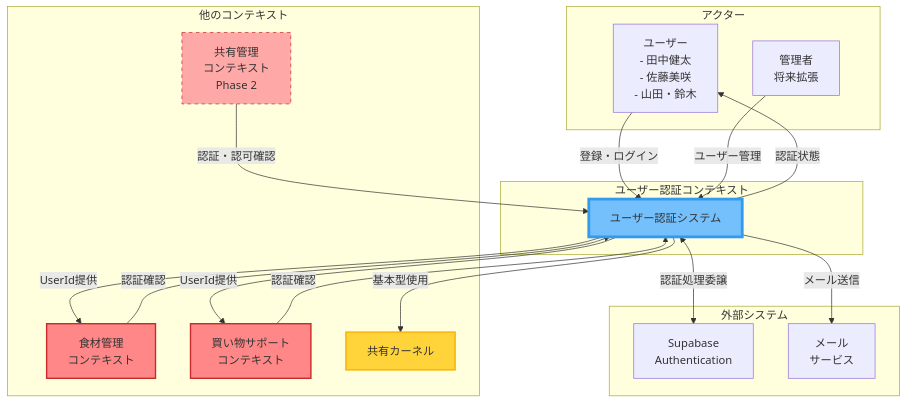
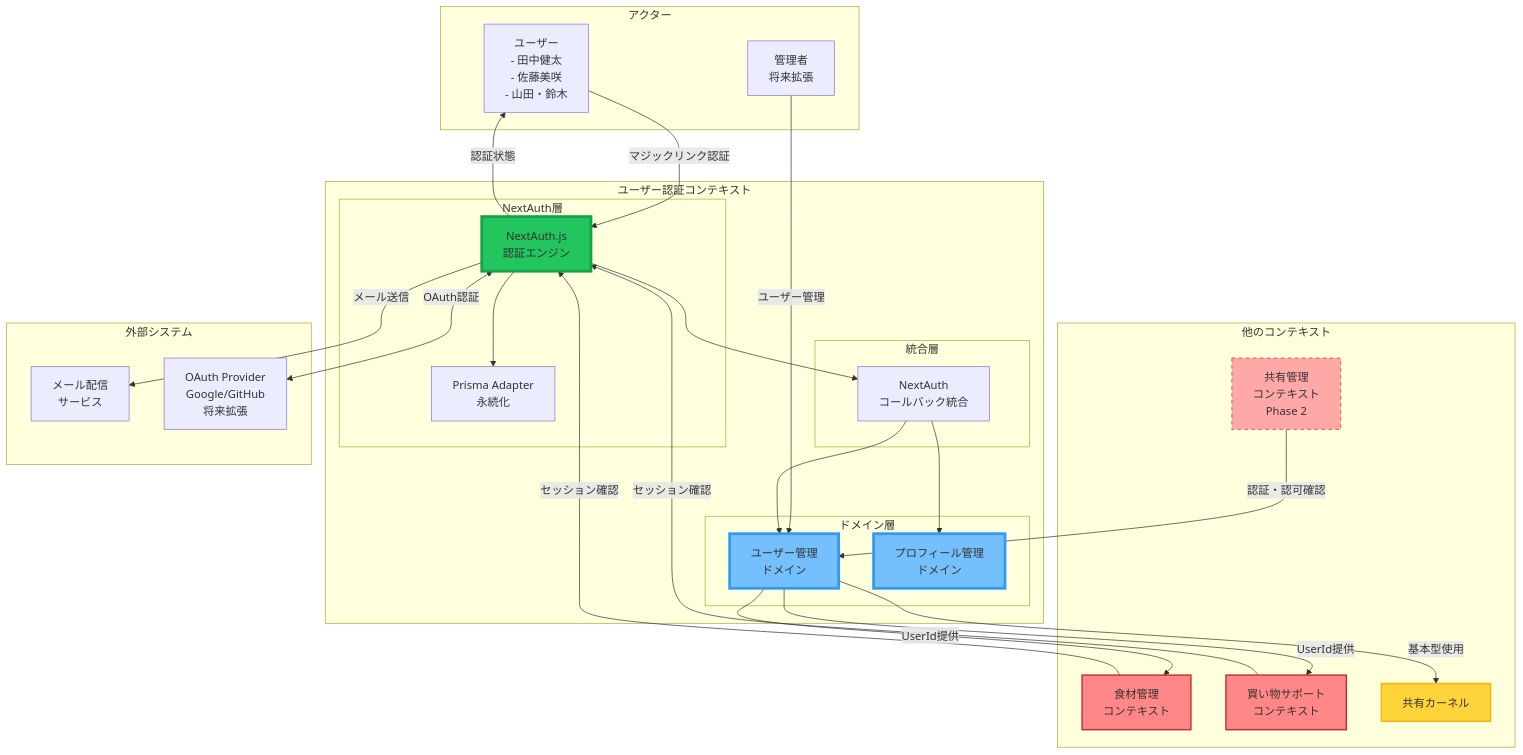
Before and after one commit to komei0727/all_in_one: the first of 7 diagrams in docs/domain/contexts/user-authentication/sudo-modeling.md, drawn with Mermaid. The commit also changed other lines of this file and 16 other files, not shown here.

````diff
--- a/docs/domain/contexts/user-authentication/sudo-modeling.md
+++ b/docs/domain/contexts/user-authentication/sudo-modeling.md
@@ -12,46 +18,66 @@
 ```mermaid
 graph TB
     subgraph "アクター"
         USER[ユーザー<br/>- 田中健太<br/>- 佐藤美咲<br/>- 山田・鈴木]
         ADMIN[管理者<br/>将来拡張]
     end
 
     subgraph "ユーザー認証コンテキスト"
-        UA[ユーザー認証システム]
+        subgraph "NextAuth層"
+            NEXTAUTH[NextAuth.js<br/>認証エンジン]
+            ADAPTER[Prisma Adapter<br/>永続化]
+        end
+
+        subgraph "ドメイン層"
+            USER_MGMT[ユーザー管理<br/>ドメイン]
+            PROFILE_MGMT[プロフィール管理<br/>ドメイン]
+        end
+
+        subgraph "統合層"
+            CALLBACKS[NextAuth<br/>コールバック統合]
+        end
     end
 
     subgraph "他のコンテキスト"
         IM[食材管理<br/>コンテキスト]
         SS[買い物サポート<br/>コンテキスト]
         SK[共有カーネル]
         SM[共有管理<br/>コンテキスト<br/>Phase 2]
     end
 
     subgraph "外部システム"
-        SUPA[Supabase<br/>Authentication]
-        EMAIL[メール<br/>サービス]
+        EMAIL[メール配信<br/>サービス]
+        OAUTH[OAuth Provider<br/>Google/GitHub<br/>将来拡張]
     end
 
     %% アクターとの関係
-    USER -->|登録・ログイン| UA
-    UA -->|認証状態| USER
-    ADMIN -->|ユーザー管理| UA
+    USER -->|マジックリンク認証| NEXTAUTH
+    NEXTAUTH -->|認証状態| USER
+    ADMIN -->|ユーザー管理| USER_MGMT
+
+    %% NextAuth内部の関係
+    NEXTAUTH --> ADAPTER
+    NEXTAUTH --> CALLBACKS
+    CALLBACKS --> USER_MGMT
+    CALLBACKS --> PROFILE_MGMT
 
     %% 他コンテキストとの関係
-    IM -->|認証確認| UA
-    SS -->|認証確認| UA
-    SM -->|認証・認可確認| UA
-    UA -->|UserId提供| IM
-    UA -->|UserId提供| SS
-    UA -->|基本型使用| SK
+    IM -->|セッション確認| NEXTAUTH
+    SS -->|セッション確認| NEXTAUTH
+    SM -->|認証・認可確認| USER_MGMT
+    USER_MGMT -->|UserId提供| IM
+    USER_MGMT -->|UserId提供| SS
+    USER_MGMT -->|基本型使用| SK
 
     %% 外部システムとの関係
-    UA <-->|認証処理委譲| SUPA
-    UA -->|メール送信| EMAIL
+    NEXTAUTH -->|メール送信| EMAIL
+    NEXTAUTH <-->|OAuth認証| OAUTH
 
-    style UA fill:#74c0fc,stroke:#339af0,stroke-width:4px
+    style NEXTAUTH fill:#22c55e,stroke:#16a34a,stroke-width:4px
+    style USER_MGMT fill:#74c0fc,stroke:#339af0,stroke-width:4px
+    style PROFILE_MGMT fill:#74c0fc,stroke:#339af0,stroke-width:4px
     style IM fill:#ff8787,stroke:#c92a2a,stroke-width:2px
     style SS fill:#ff8787,stroke:#c92a2a,stroke-width:2px
     style SM fill:#ffa8a8,stroke:#c92a2a,stroke-width:1px,stroke-dasharray: 5 5
     style SK fill:#ffd43b,stroke:#fab005,stroke-width:2px
 ```
````
